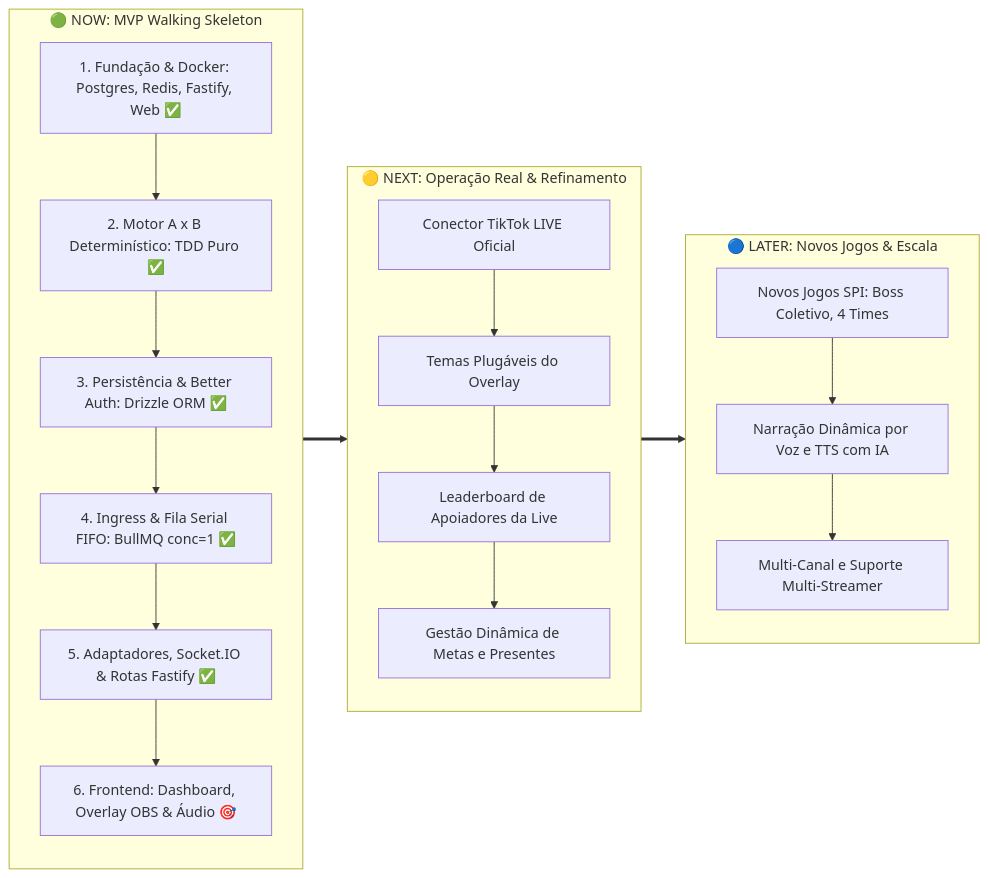
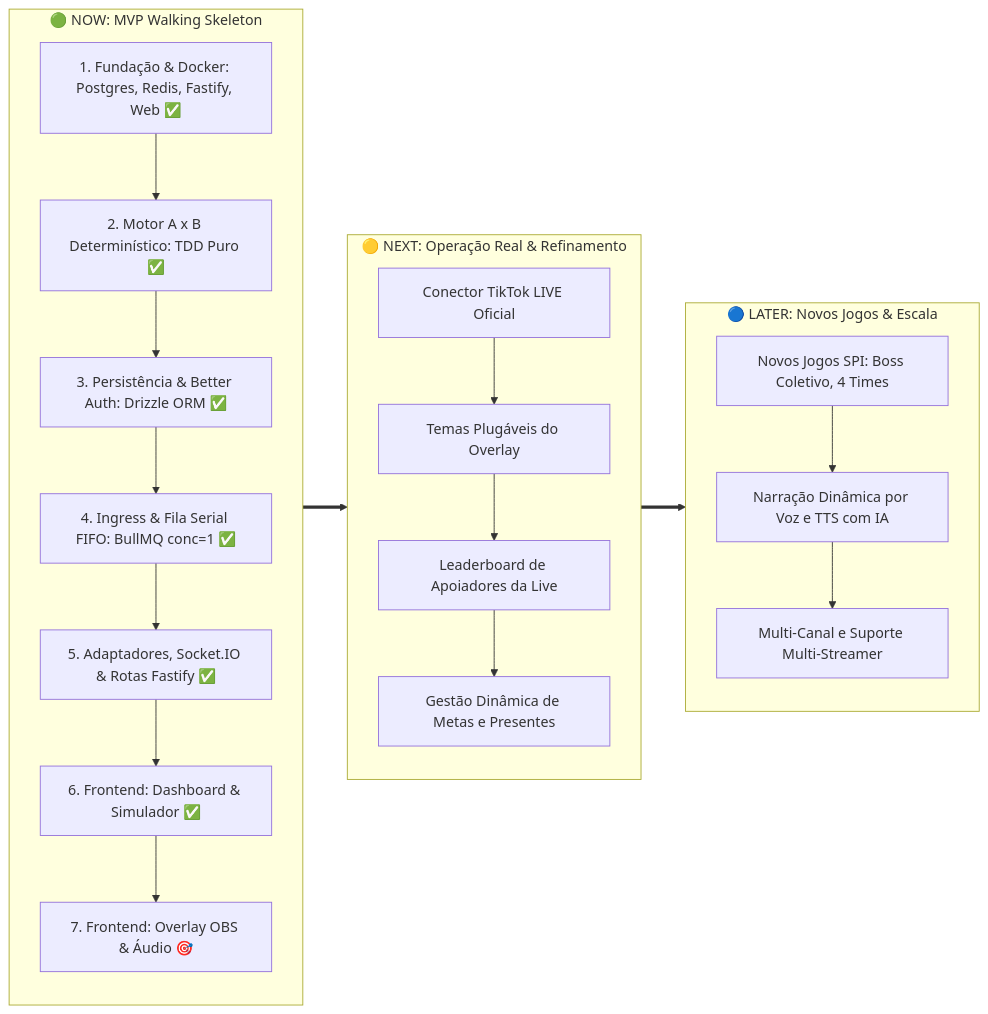
One commit to luis-henrique-carvalho/tiktok-gamer-lives changed the first of 2 diagrams in docs/roadmap.md. Above: the diagram before and after it, drawn with Mermaid. The commit also changed other lines of this file and 2 other files, not shown here.

Commit message:
fix(api): estabilizar dreno assíncrono pós-encerramento de sessão e concluir Fase 6 no roadmap

````diff
--- a/docs/roadmap.md
+++ b/docs/roadmap.md
@@ -22,32 +22,33 @@
 ```mermaid
 flowchart LR
     subgraph NOW["🟢 NOW: MVP Walking Skeleton"]
         direction TB
         N1["1. Fundação & Docker: Postgres, Redis, Fastify, Web ✅"]
         N2["2. Motor A x B Determinístico: TDD Puro ✅"]
         N3["3. Persistência & Better Auth: Drizzle ORM ✅"]
         N4["4. Ingress & Fila Serial FIFO: BullMQ conc=1 ✅"]
         N5["5. Adaptadores, Socket.IO & Rotas Fastify ✅"]
-        N6["6. Frontend: Dashboard, Overlay OBS & Áudio 🎯"]
-        N1 --> N2 --> N3 --> N4 --> N5 --> N6
+        N6["6. Frontend: Dashboard & Simulador ✅"]
+        N7["7. Frontend: Overlay OBS & Áudio 🎯"]
+        N1 --> N2 --> N3 --> N4 --> N5 --> N6 --> N7
     end
 
     subgraph NEXT["🟡 NEXT: Operação Real & Refinamento"]
         direction TB
         X1["Conector TikTok LIVE Oficial"]
         X2["Temas Plugáveis do Overlay"]
         X3["Leaderboard de Apoiadores da Live"]
         X4["Gestão Dinâmica de Metas e Presentes"]
         X1 --> X2 --> X3 --> X4
     end
 
     subgraph LATER["🔵 LATER: Novos Jogos & Escala"]
         direction TB
         L1["Novos Jogos SPI: Boss Coletivo, 4 Times"]
         L2["Narração Dinâmica por Voz e TTS com IA"]
         L3["Multi-Canal e Suporte Multi-Streamer"]
         L1 --> L2 --> L3
     end
 
     NOW ==> NEXT ==> LATER
 ```
````
